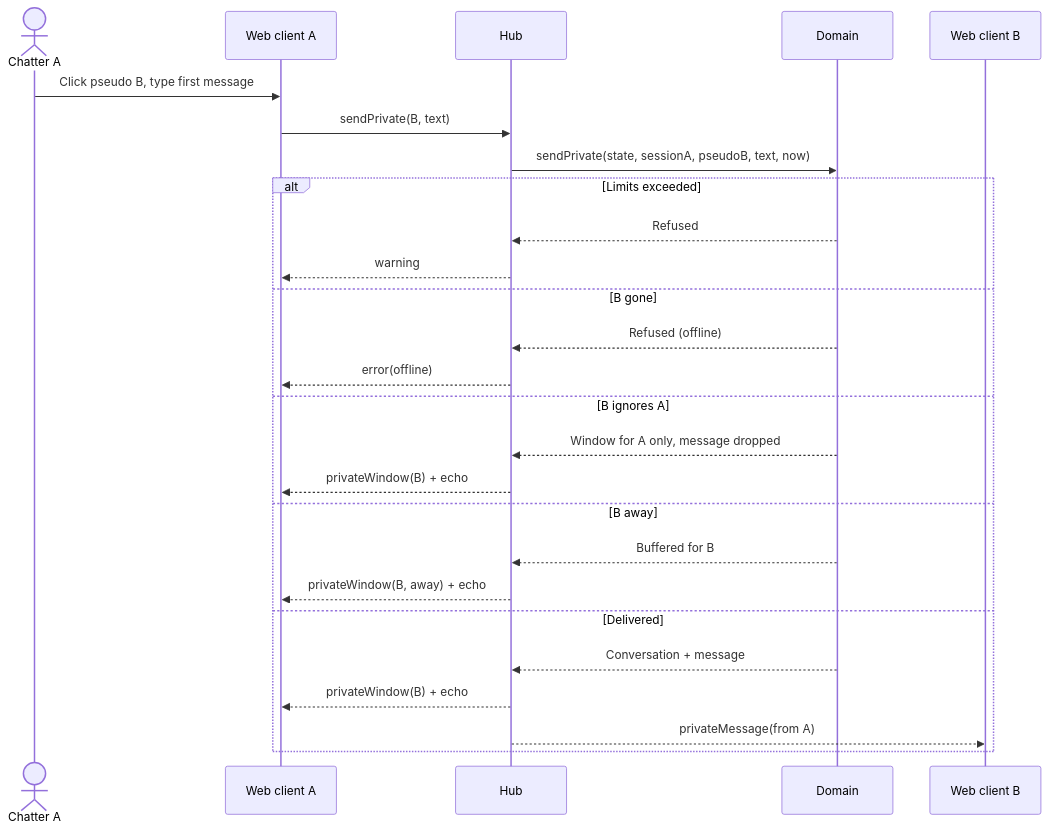
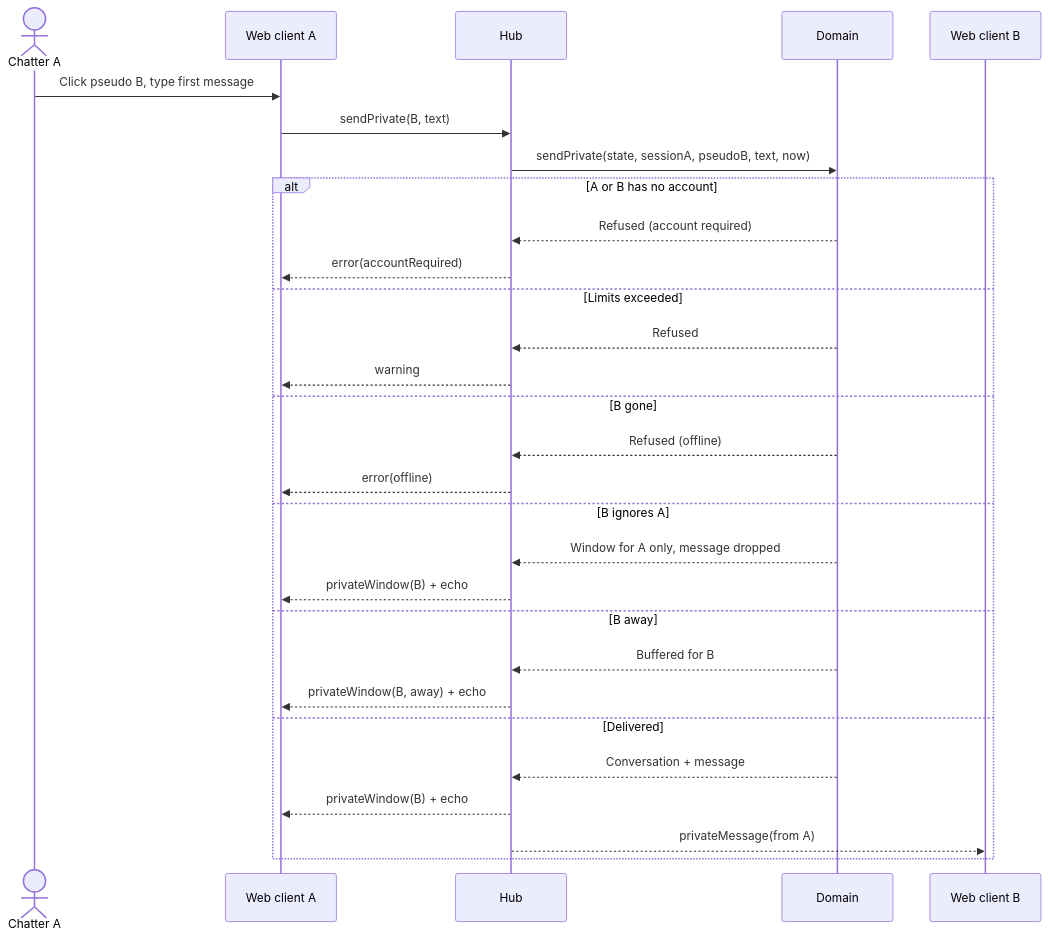
Before and after one commit to benoit-bremaud/asv: the diagram in docs/architecture/diagrams/private-conversations/02-sequence-open-and-reply.md, drawn with Mermaid. The commit also changed 43 other files, not shown here.

First line of the commit message:
docs: accounts for private messages, strikes, legal-first roadmap

````diff
--- a/docs/architecture/diagrams/private-conversations/02-sequence-open-and-reply.md
+++ b/docs/architecture/diagrams/private-conversations/02-sequence-open-and-reply.md
@@ -15,28 +15,31 @@
 ```mermaid
 sequenceDiagram
   actor A as Chatter A
   participant WA as Web client A
   participant H as Hub
   participant D as Domain
   participant WB as Web client B
   A->>WA: Click pseudo B, type first message
   WA->>H: sendPrivate(B, text)
   H->>D: sendPrivate(state, sessionA, pseudoB, text, now)
-  alt Limits exceeded
+  alt A or B has no account
+    D-->>H: Refused (account required)
+    H-->>WA: error(accountRequired)
+  else Limits exceeded
     D-->>H: Refused
     H-->>WA: warning
   else B gone
     D-->>H: Refused (offline)
     H-->>WA: error(offline)
   else B ignores A
     D-->>H: Window for A only, message dropped
     H-->>WA: privateWindow(B) + echo
   else B away
     D-->>H: Buffered for B
     H-->>WA: privateWindow(B, away) + echo
   else Delivered
     D-->>H: Conversation + message
     H-->>WA: privateWindow(B) + echo
     H-->>WB: privateMessage(from A)
   end
 ```
````
